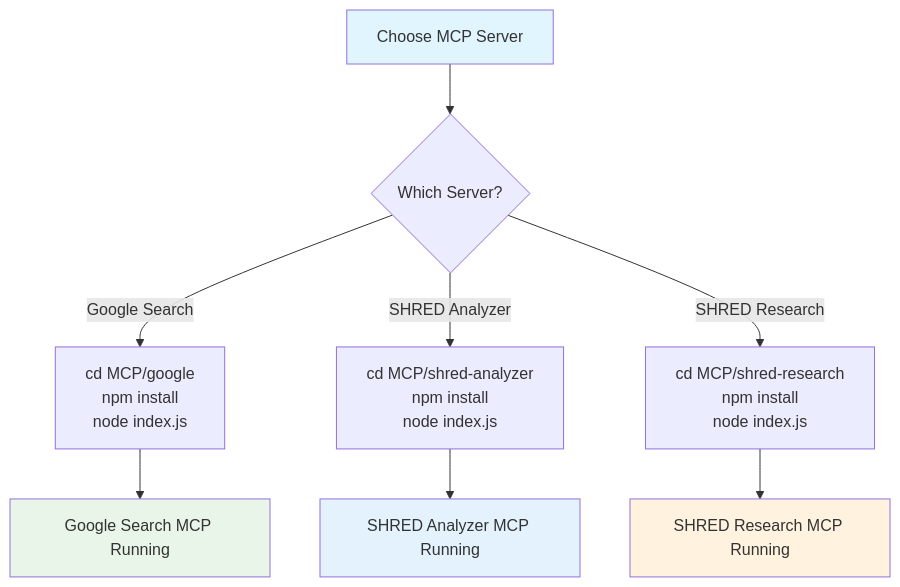
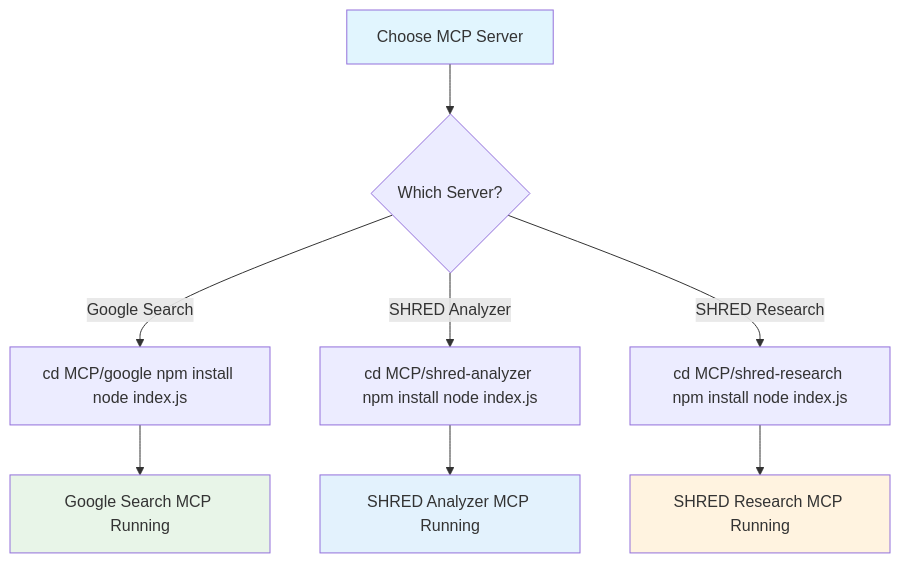
One commit to VincentJGeisler/shredder changed diagram 14 of 21 in README.md. Above: the diagram before and after it, drawn with Mermaid. The commit also changed other lines of this file, not shown here.

First line of the commit message:
Fix Mermaid syntax issues in README

````diff
--- a/README.md
+++ b/README.md
@@ -417,17 +417,17 @@
 ```mermaid
 graph TD
     A[Choose MCP Server] --> B{Which Server?}
     
-    B -->|Google Search| C[cd MCP/google<br/>npm install<br/>node index.js]
-    B -->|SHRED Analyzer| D[cd MCP/shred-analyzer<br/>npm install<br/>node index.js]
-    B -->|SHRED Research| E[cd MCP/shred-research<br/>npm install<br/>node index.js]
+    B -->|Google Search| C[cd MCP/google npm install node index.js]
+    B -->|SHRED Analyzer| D[cd MCP/shred-analyzer npm install node index.js]
+    B -->|SHRED Research| E[cd MCP/shred-research npm install node index.js]
     
     C --> F[Google Search MCP Running]
     D --> G[SHRED Analyzer MCP Running]
     E --> H[SHRED Research MCP Running]
     
     style A fill:#e1f5fe
     style F fill:#e8f5e8
     style G fill:#e3f2fd
     style H fill:#fff3e0
 ```
````
